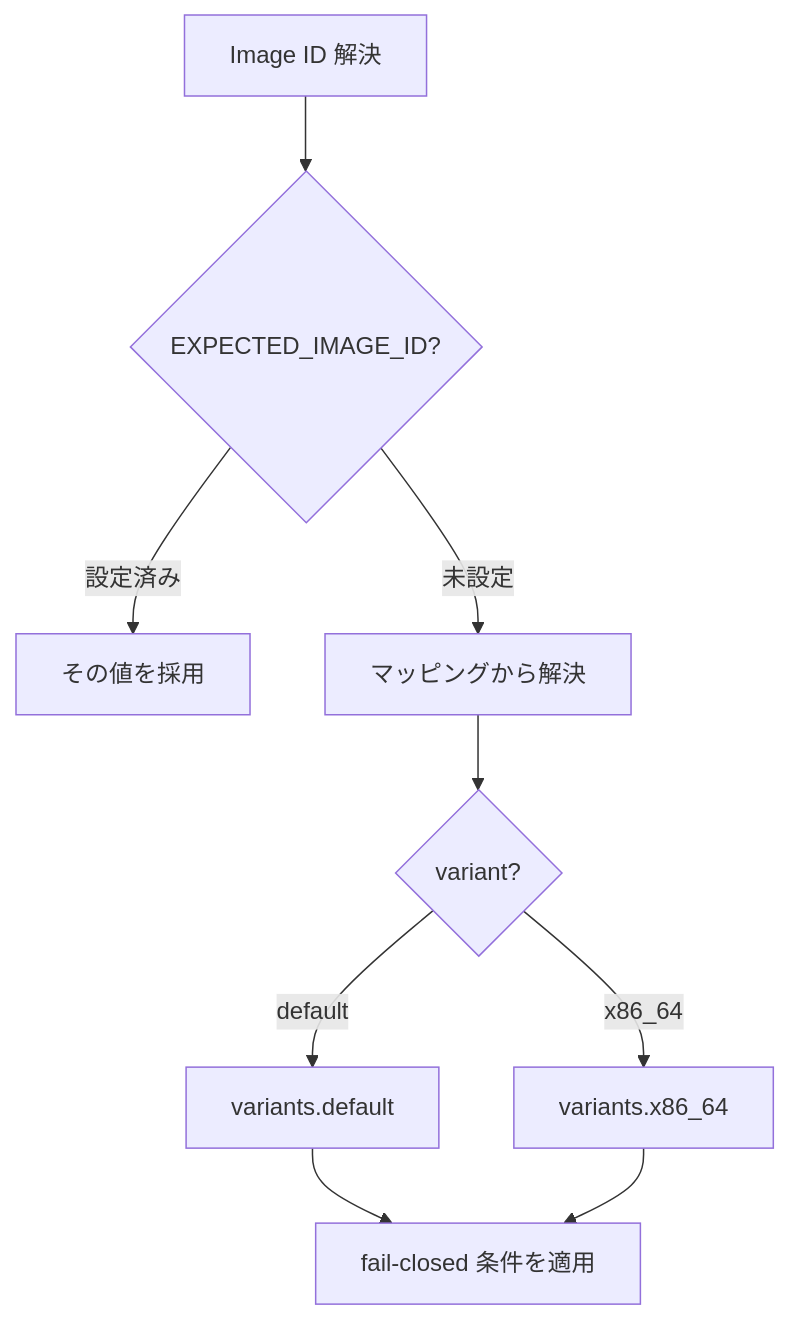
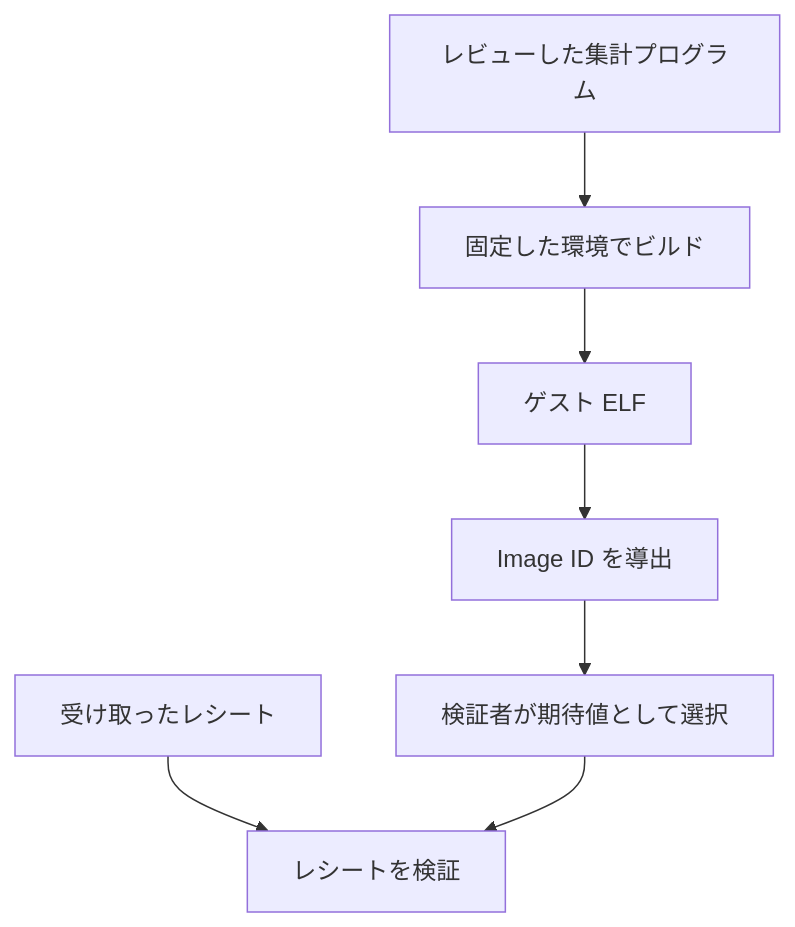
The diagram in public-book/src/zkvm/image-id.md (hwatanabe-jp/stark-ballot-simulator-public), drawn with Mermaid before and after one commit. The commit also changed other lines of this file and 1197 other files, not shown here.

````diff
--- a/public-book/src/zkvm/image-id.md
+++ b/public-book/src/zkvm/image-id.md
@@ -110,11 +11,9 @@
 ```mermaid
-flowchart TD
-  START[Image ID 解決] --> P1{EXPECTED_IMAGE_ID?}
-  P1 -->|設定済み| USE1[その値を採用]
-  P1 -->|未設定| P2[マッピングから解決]
-  P2 --> P3{variant?}
-  P3 -->|default| F1[variants.default]
-  P3 -->|x86_64| F2[variants.x86_64]
-  F1 --> CHK[fail-closed 条件を適用]
-  F2 --> CHK
+flowchart TB
+  S[レビューした集計プログラム] --> B[固定した環境でビルド]
+  B --> E[ゲスト ELF]
+  E --> I[Image ID を導出]
+  I --> X[検証者が期待値として選択]
+  R[受け取ったレシート] --> V[レシートを検証]
+  X --> V
 ```
````
